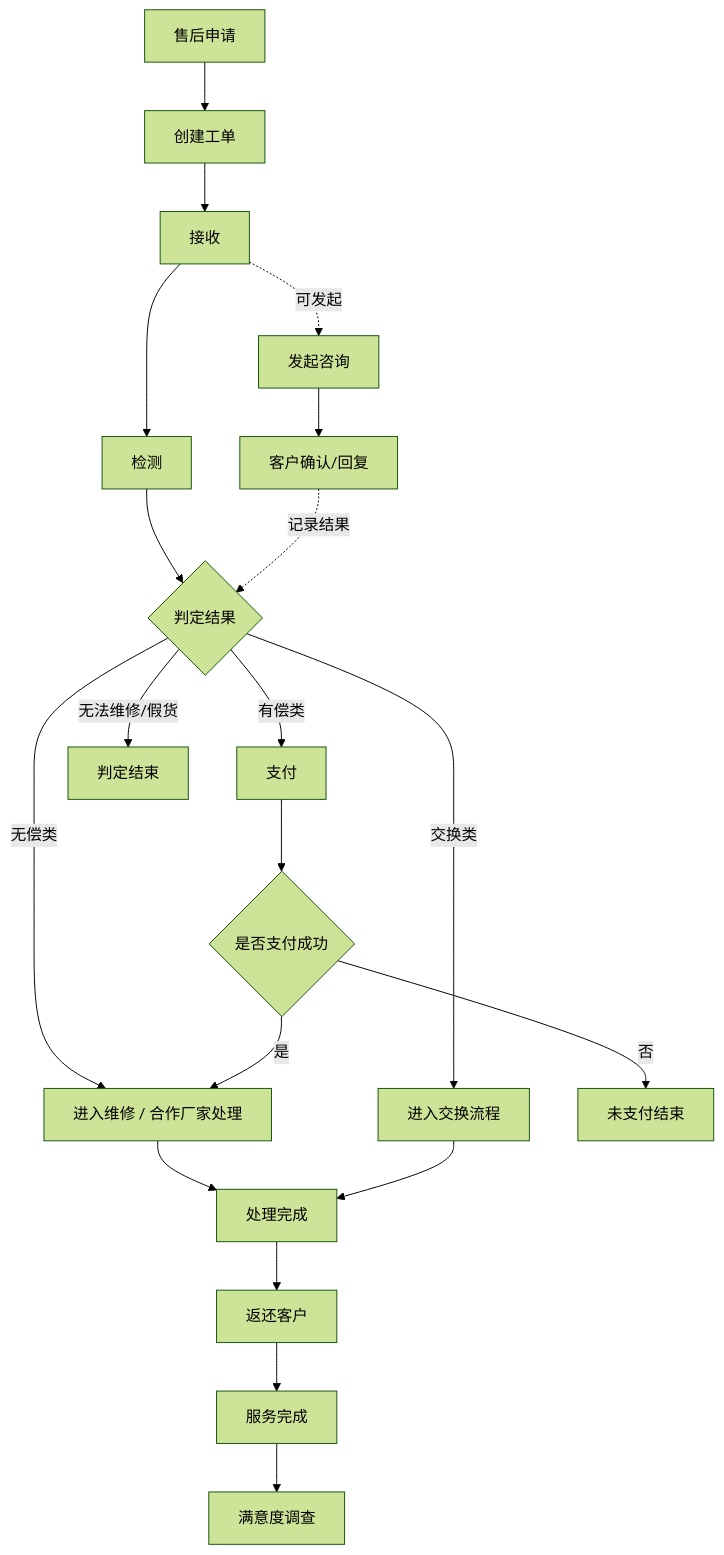
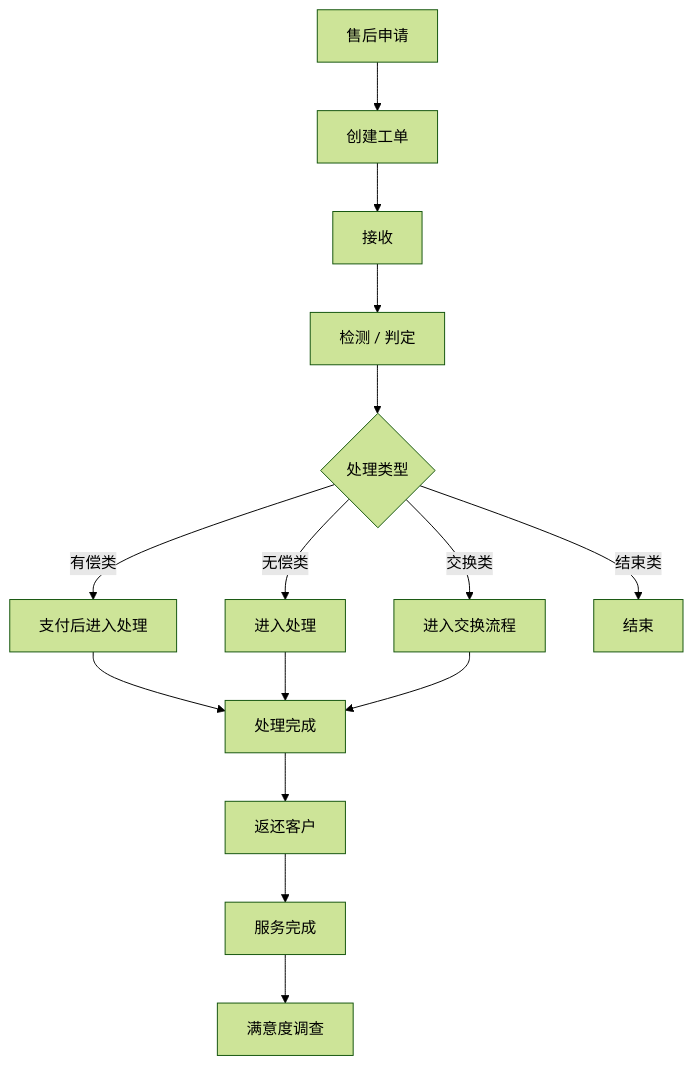
One commit to guguohai/gmps changed the first of 43 diagrams in 文档/GM系统需求说明.md. Above: the diagram before and after it, drawn with Mermaid (forest theme). The commit also changed other lines of this file and 31 other files, not shown here.

````diff
--- a/文档/GM系统需求说明.md
+++ b/文档/GM系统需求说明.md
@@ -104,29 +104,21 @@
 ```mermaid
-flowchart TD
-
-A[售后申请] --> B[创建工单]
-
-B --> C[接收]
-C --> D[检测]
-D --> E{判定结果}
-
-C -. 可发起 .-> X[发起咨询]
-X --> Y[客户确认/回复]
-Y -. 记录结果 .-> E
-
-E -->|有偿类| F[支付]
-E -->|无偿类| G[进入维修 / 合作厂家处理]
-E -->|交换类| H[进入交换流程]
-E -->|无法维修/假货| I[判定结束]
-
-F --> J{是否支付成功}
-J -->|是| G
-J -->|否| K[未支付结束]
-
-G --> L[处理完成]
-H --> L
-
-L --> M[返还客户]
-M --> N[服务完成]
-N --> O[满意度调查]
+flowchart TD  
+  
+A[售后申请] --> B[创建工单]  
+B --> C[接收]  
+C --> D[检测 / 判定]  
+  
+D --> E{处理类型}  
+E -->|有偿类| F[支付后进入处理]  
+E -->|无偿类| G[进入处理]  
+E -->|交换类| H[进入交换流程]  
+E -->|结束类| I[结束]  
+  
+F --> J[处理完成]  
+G --> J  
+H --> J  
+  
+J --> K[返还客户]  
+K --> L[服务完成]  
+L --> M[满意度调查]
 ```
````
